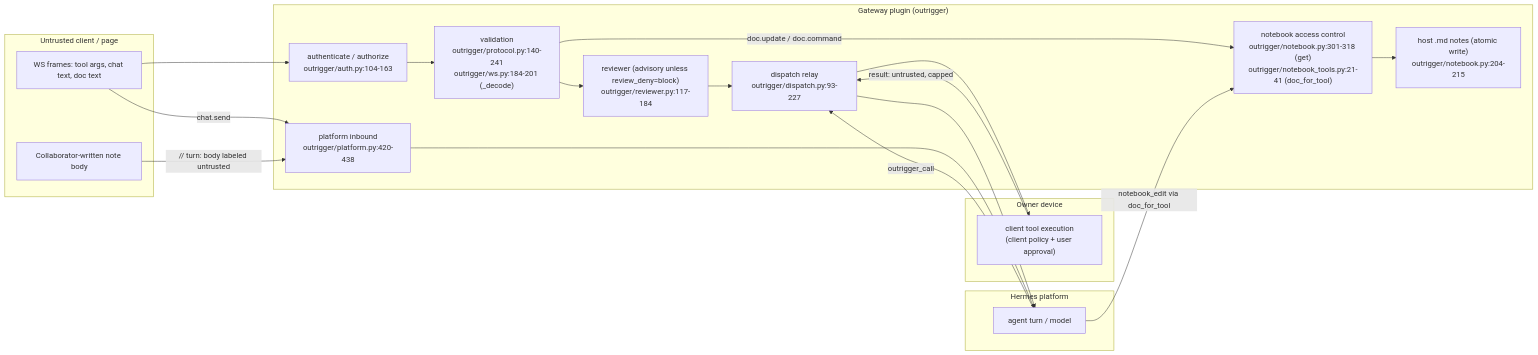
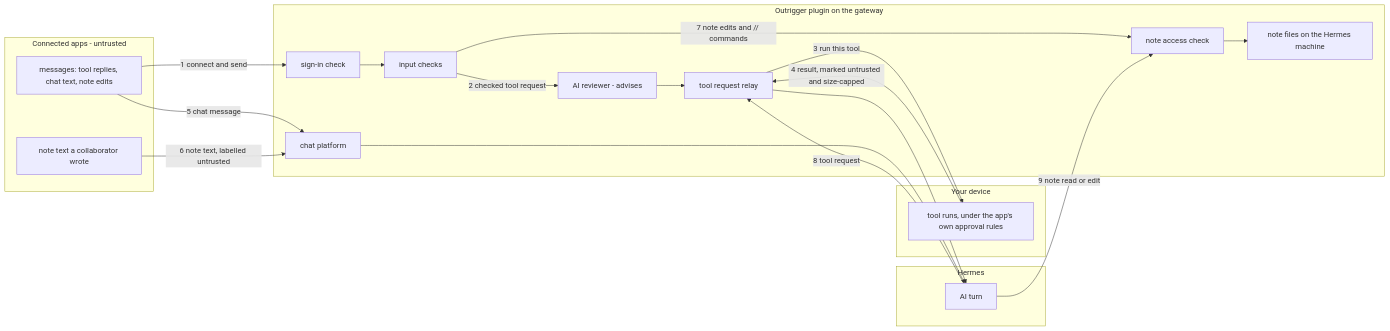
Before and after one commit to codepilots/hermes-outrigger: the first of 6 diagrams in AUDIT.md, drawn with Mermaid. The commit also changed other lines of this file, not shown here.

````diff
--- a/AUDIT.md
+++ b/AUDIT.md
@@ -37,31 +99,31 @@
 ```mermaid
 flowchart LR
-  subgraph untrusted["Untrusted client / page"]
-    F["WS frames: tool args, chat text, doc text"]
-    N["Collaborator-written note body"]
+  subgraph untrusted[Connected apps - untrusted]
+    F[messages: tool replies, chat text, note edits]
+    N[note text a collaborator wrote]
   end
-  subgraph gateway["Gateway plugin (outrigger)"]
-    A["authenticate / authorize<br/>outrigger/auth.py:104-163"]
-    V["validation<br/>outrigger/protocol.py:140-241<br/>outrigger/ws.py:184-201 (_decode)"]
-    R["reviewer (advisory unless review_deny=block)<br/>outrigger/reviewer.py:117-184"]
-    D["dispatch relay<br/>outrigger/dispatch.py:93-227"]
-    NB["notebook access control<br/>outrigger/notebook.py:301-318 (get)<br/>outrigger/notebook_tools.py:21-41 (doc_for_tool)"]
-    P["platform inbound<br/>outrigger/platform.py:420-438"]
-    NF["host .md notes (atomic write)<br/>outrigger/notebook.py:204-215"]
+  subgraph gateway[Outrigger plugin on the gateway]
+    A[sign-in check]
+    V[input checks]
+    R[AI reviewer - advises]
+    D[tool request relay]
+    NB[note access check]
+    P[chat platform]
+    NF[note files on the Hermes machine]
   end
-  subgraph owner["Owner device"]
-    T["client tool execution<br/>(client policy + user approval)"]
+  subgraph owner[Your device]
+    T[tool runs, under the app's own approval rules]
   end
-  subgraph hermes["Hermes platform"]
-    H["agent turn / model"]
+  subgraph hermes[Hermes]
+    H[AI turn]
   end
-  F --> A --> V
-  V --> R --> D --> T
-  T -->|"result: untrusted, capped"| D --> H
-  F -->|"chat.send"| P --> H
-  N -->|"// turn: body labeled untrusted"| P
-  V -->|"doc.update / doc.command"| NB
-  H -->|"outrigger_call"| D
-  H -->|"notebook_edit via doc_for_tool"| NB
+  F -- 1 connect and send --> A --> V
+  V -- 2 checked tool request --> R --> D -- 3 run this tool --> T
+  T -- 4 result, marked untrusted and size-capped --> D --> H
+  F -- 5 chat message --> P --> H
+  N -- 6 note text, labelled untrusted --> P
+  V -- 7 note edits and // commands --> NB
+  H -- 8 tool request --> D
+  H -- 9 note read or edit --> NB
   NB --> NF
 ```
````
